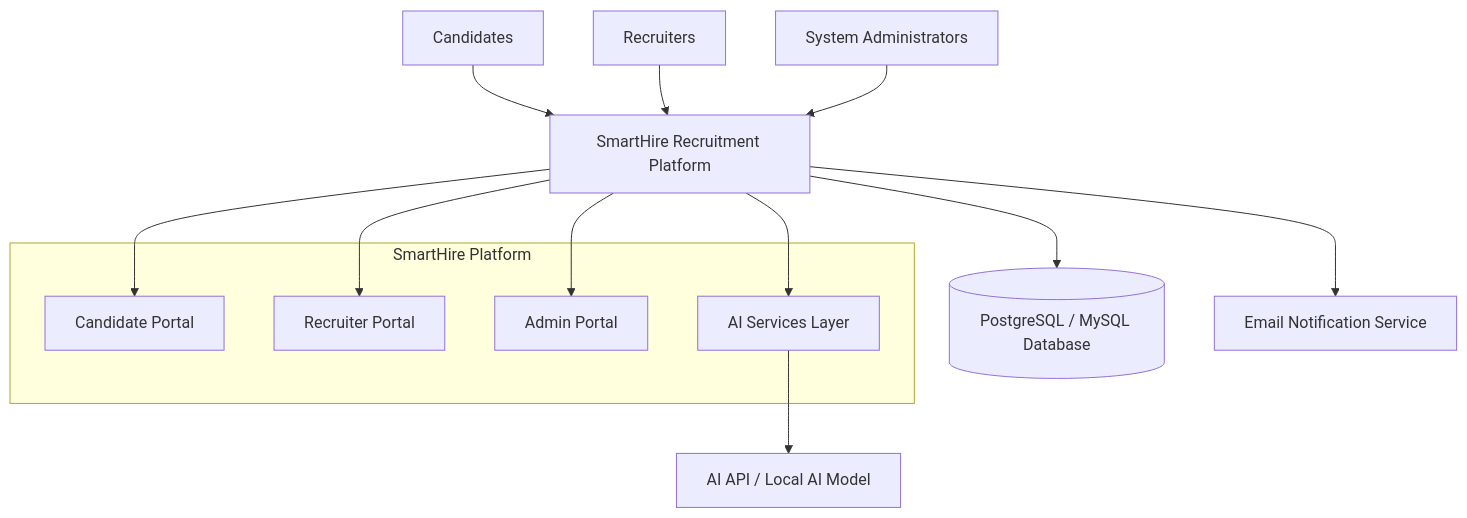
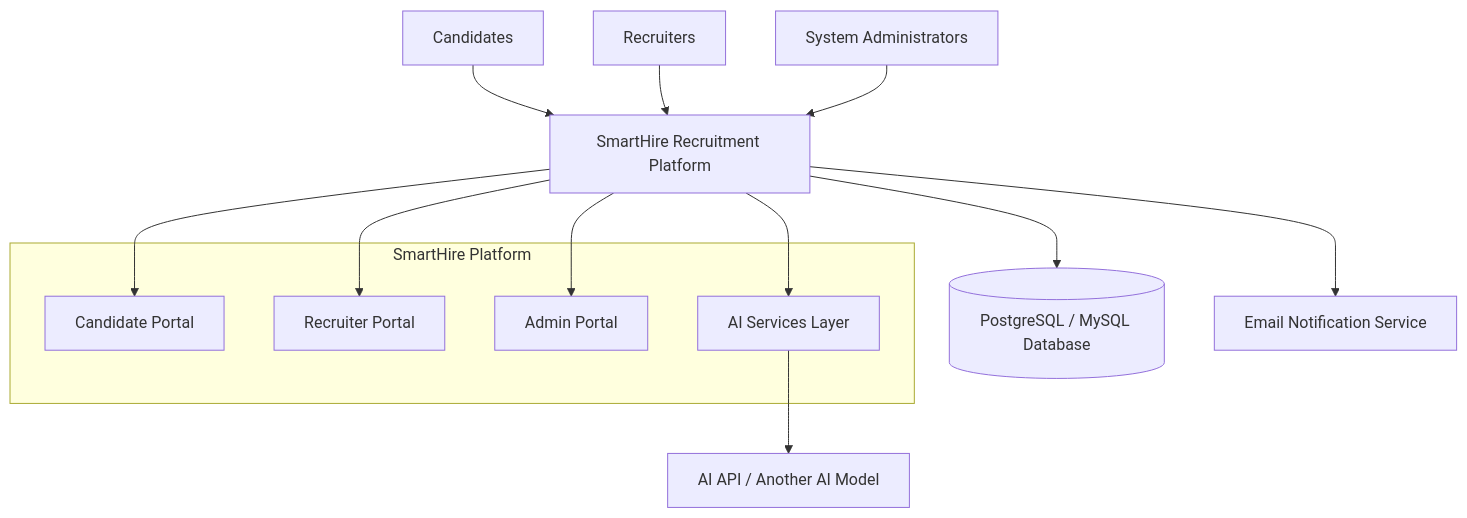
Before and after one commit to quocuy0112/Software-Engineering---Group-9: the first of 3 diagrams in docs/vision_document.md, drawn with Mermaid. The commit also changed other lines of this file and 2 other files, not shown here.

````diff
--- a/docs/vision_document.md
+++ b/docs/vision_document.md
@@ -349,29 +372,29 @@
 ```mermaid
 graph TD
 
     Candidate[Candidates]
     Recruiter[Recruiters]
     Admin[System Administrators]
 
     Candidate --> SmartHire
     Recruiter --> SmartHire
     Admin --> SmartHire
 
     subgraph SmartHire Platform
         CP[Candidate Portal]
         RP[Recruiter Portal]
         AP[Admin Portal]
         AI[AI Services Layer]
     end
 
     SmartHire[SmartHire Recruitment Platform]
 
     SmartHire --> CP
     SmartHire --> RP
     SmartHire --> AP
     SmartHire --> AI
 
-    AI --> extAI[AI API / Local AI Model]
+    AI --> extAI[AI API / Another AI Model]
     SmartHire --> DB[(PostgreSQL / MySQL Database)]
     SmartHire --> Email[Email Notification Service]
 ```
````
